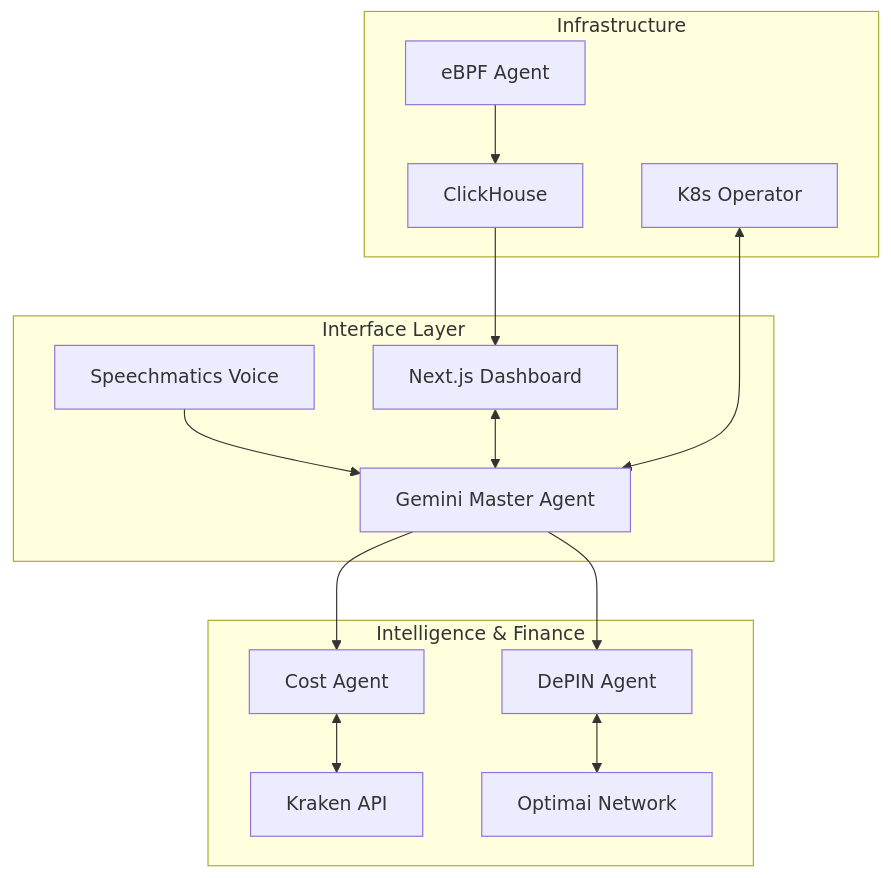
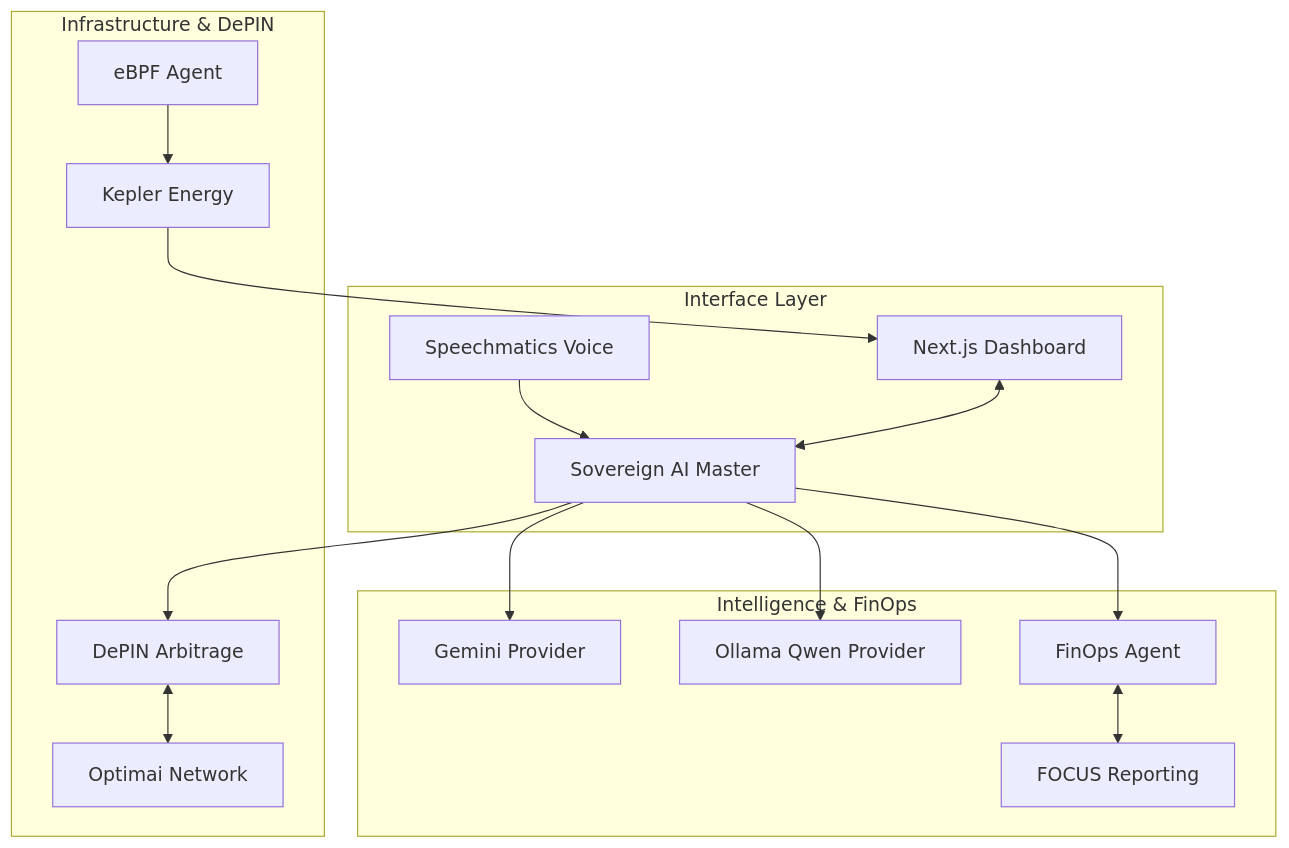
The diagram in README.md (paulmmoore3416/kcc), drawn with Mermaid before and after one commit. The commit also changed other lines of this file and 11 other files, not shown here.

Commit message:
feat: KCC v2.5.0 - Sovereign AI & DePIN Orchestration

````diff
--- a/README.md
+++ b/README.md
@@ -114,20 +108,21 @@
 ```mermaid
 graph TD
     subgraph "Interface Layer"
-        V[Speechmatics Voice] --> A[Gemini Master Agent]
+        V[Speechmatics Voice] --> A[Sovereign AI Master]
         D[Next.js Dashboard] <--> A
     end
     
-    subgraph "Intelligence & Finance"
-        A --> C[Cost Agent]
-        C <--> K[Kraken API]
-        A --> DEP[DePIN Agent]
-        DEP <--> OPT[Optimai Network]
+    subgraph "Intelligence & FinOps"
+        A --> G[Gemini Provider]
+        A --> O[Ollama Qwen Provider]
+        A --> C[FinOps Agent]
+        C <--> F[FOCUS Reporting]
     end
     
-    subgraph "Infrastructure"
-        O[K8s Operator] <--> A
-        E[eBPF Agent] --> CH[ClickHouse]
-        CH --> D
+    subgraph "Infrastructure & DePIN"
+        A --> DEP[DePIN Arbitrage]
+        DEP <--> OPT[Optimai Network]
+        E[eBPF Agent] --> K[Kepler Energy]
+        K --> D
     end
 ```
````
